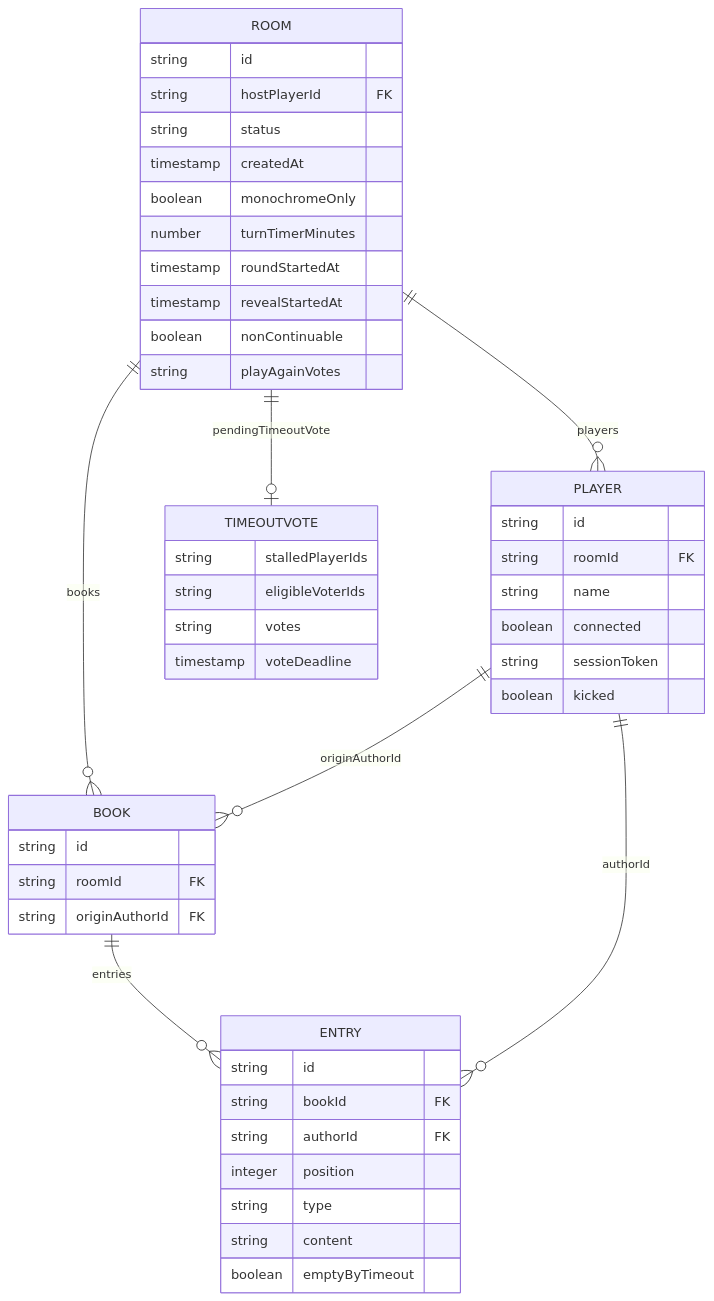
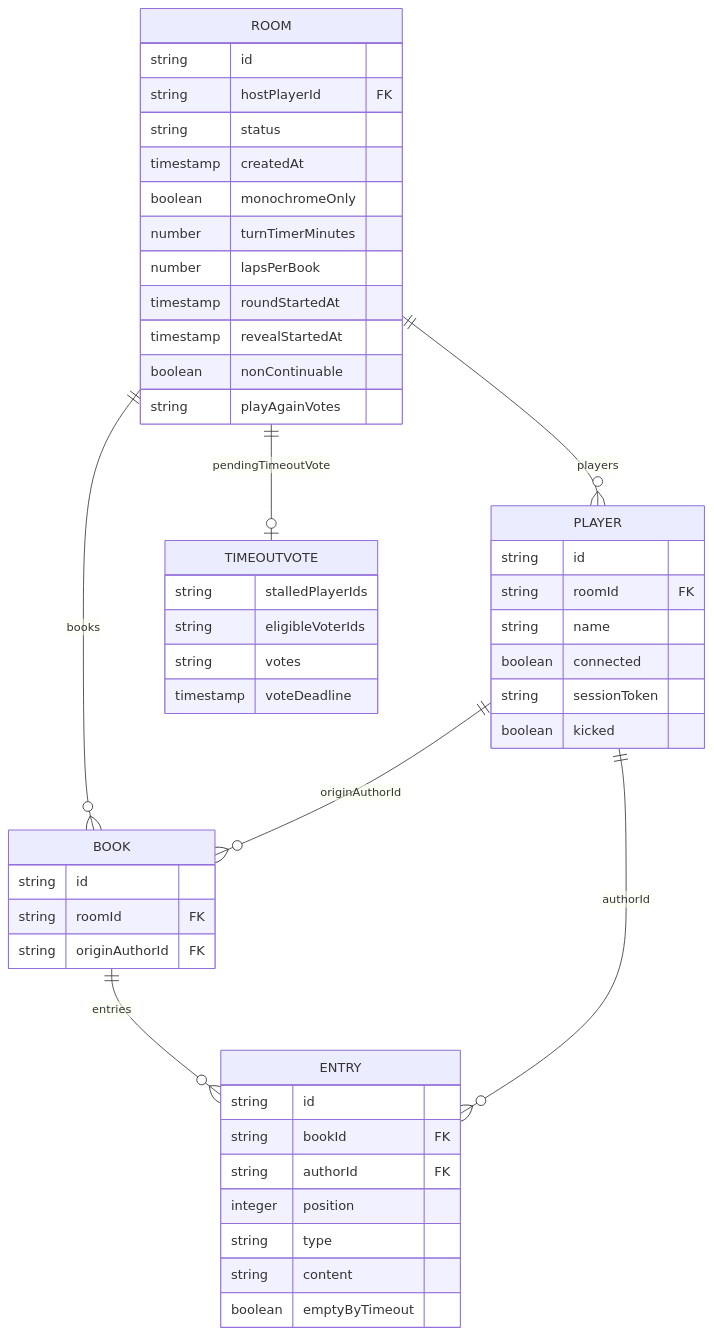
The first of 3 diagrams in README.md (moui72/exquisite-telephone), drawn with Mermaid before and after one commit. The commit also changed 3 other files, not shown here.

First line of the commit message:
Refresh diagrams and STATUS.md after laps-per-book merge

````diff
--- a/README.md
+++ b/README.md
@@ -6,50 +6,51 @@
 ```mermaid
 erDiagram
     ROOM ||--o{ PLAYER : "players"
     ROOM ||--o{ BOOK : "books"
     ROOM ||--o| TIMEOUTVOTE : "pendingTimeoutVote"
     PLAYER ||--o{ BOOK : "originAuthorId"
     BOOK ||--o{ ENTRY : "entries"
     PLAYER ||--o{ ENTRY : "authorId"
 
     ROOM {
         string id
         string hostPlayerId FK
         string status
         timestamp createdAt
         boolean monochromeOnly
         number turnTimerMinutes
+        number lapsPerBook
         timestamp roundStartedAt
         timestamp revealStartedAt
         boolean nonContinuable
         string playAgainVotes
     }
     PLAYER {
         string id
         string roomId FK
         string name
         boolean connected
         string sessionToken
         boolean kicked
     }
     BOOK {
         string id
         string roomId FK
         string originAuthorId FK
     }
     ENTRY {
         string id
         string bookId FK
         string authorId FK
         integer position
         string type
         string content
         boolean emptyByTimeout
     }
     TIMEOUTVOTE {
         string stalledPlayerIds
         string eligibleVoterIds
         string votes
         timestamp voteDeadline
     }
 ```
````
